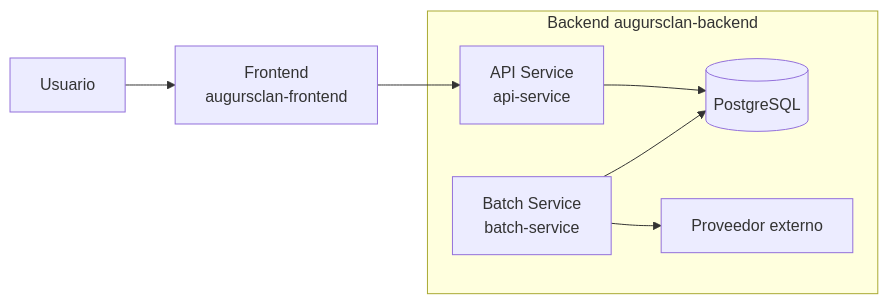
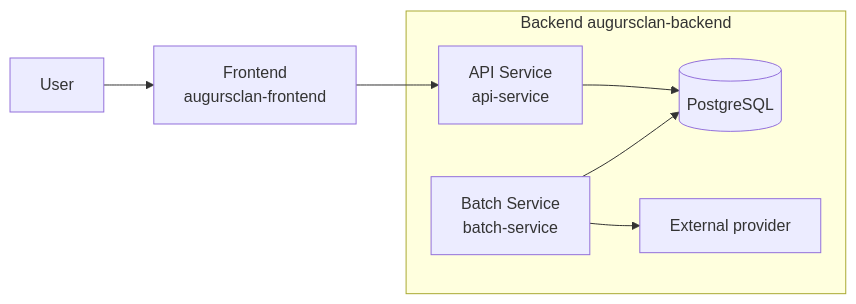
Before and after one commit to augursclan/augursclan-overview: the first of 2 diagrams in README.md, drawn with Mermaid. The commit also changed other lines of this file, not shown here.

````diff
--- a/README.md
+++ b/README.md
@@ -78,11 +78,11 @@
 ```mermaid
 flowchart LR
-  U[Usuario] --> FE[Frontend<br/>augursclan-frontend]
+  U[User] --> FE[Frontend<br/>augursclan-frontend]
   FE --> API[API Service<br/>api-service]
 
   subgraph Backend [Backend augursclan-backend]
     API --> DB[(PostgreSQL)]
-    BATCH[Batch Service<br/>batch-service] --> EXT[Proveedor externo]
+    BATCH[Batch Service<br/>batch-service] --> EXT[External provider]
     BATCH --> DB
   end
 ```
````
